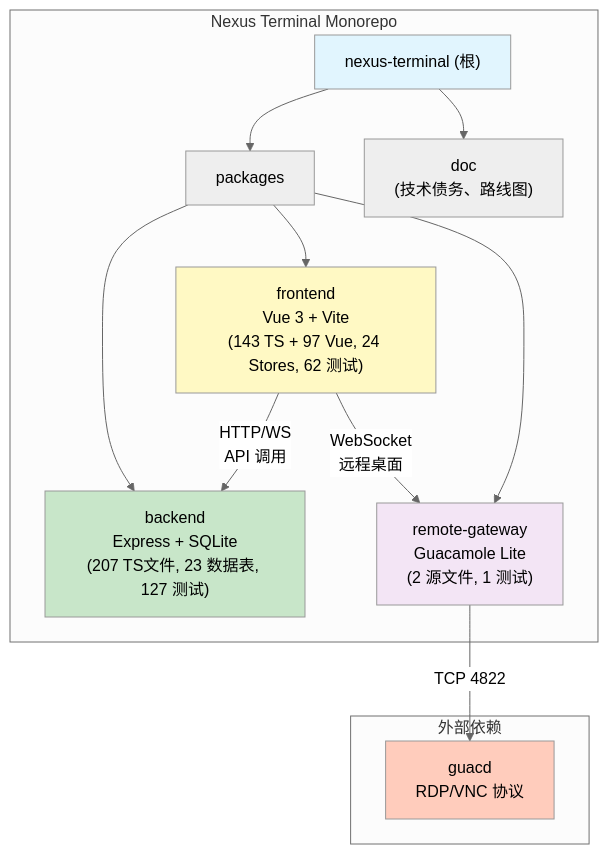
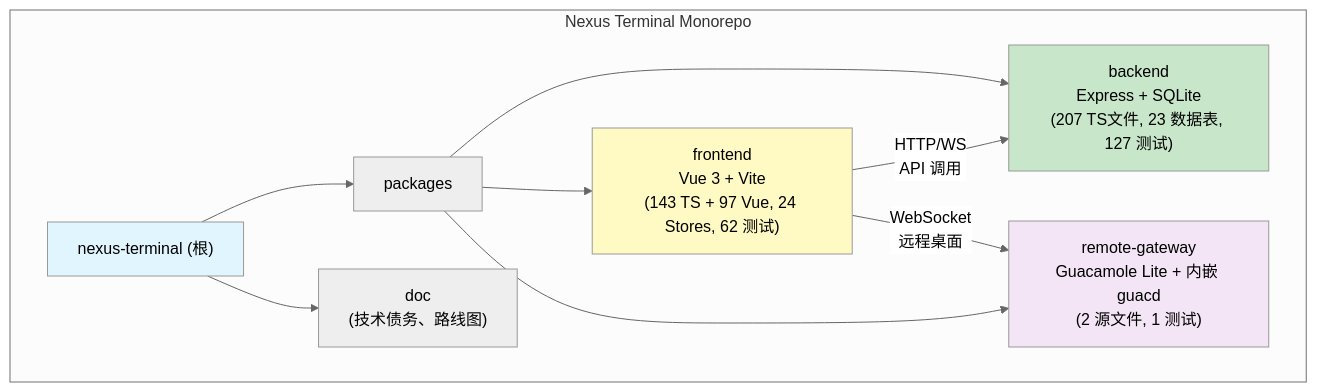
One commit to 0honus0/nexus-terminal changed the first of 2 diagrams in CLAUDE.md. Above: the diagram before and after it, drawn with Mermaid (neutral theme). The commit also changed other lines of this file and 6 other files, not shown here.

````diff
--- a/CLAUDE.md
+++ b/CLAUDE.md
@@ -140,28 +140,22 @@
 ```mermaid
 graph TD
     subgraph "Nexus Terminal Monorepo"
         A["nexus-terminal (根)"] --> B["packages"]
         B --> C["backend<br/>Express + SQLite<br/>(207 TS文件, 23 数据表, 127 测试)"]
         B --> D["frontend<br/>Vue 3 + Vite<br/>(143 TS + 97 Vue, 24 Stores, 62 测试)"]
-        B --> E["remote-gateway<br/>Guacamole Lite<br/>(2 源文件, 1 测试)"]
+        B --> E["remote-gateway<br/>Guacamole Lite + 内嵌 guacd<br/>(2 源文件, 1 测试)"]
         A --> F["doc<br/>(技术债务、路线图)"]
-    end
-
-    subgraph "外部依赖"
-        G["guacd<br/>RDP/VNC 协议"]
     end
 
     D -- "HTTP/WS<br/>API 调用" --> C
     D -- "WebSocket<br/>远程桌面" --> E
-    E -- "TCP 4822" --> G
 
     click C "./packages/backend/CLAUDE.md" "查看 backend 模块文档"
     click D "./packages/frontend/CLAUDE.md" "查看 frontend 模块文档"
     click E "./packages/remote-gateway/CLAUDE.md" "查看 remote-gateway 模块文档"
 
     style A fill:#e1f5fe
     style C fill:#c8e6c9
     style D fill:#fff9c4
     style E fill:#f3e5f5
-    style G fill:#ffccbc
 ```
````
